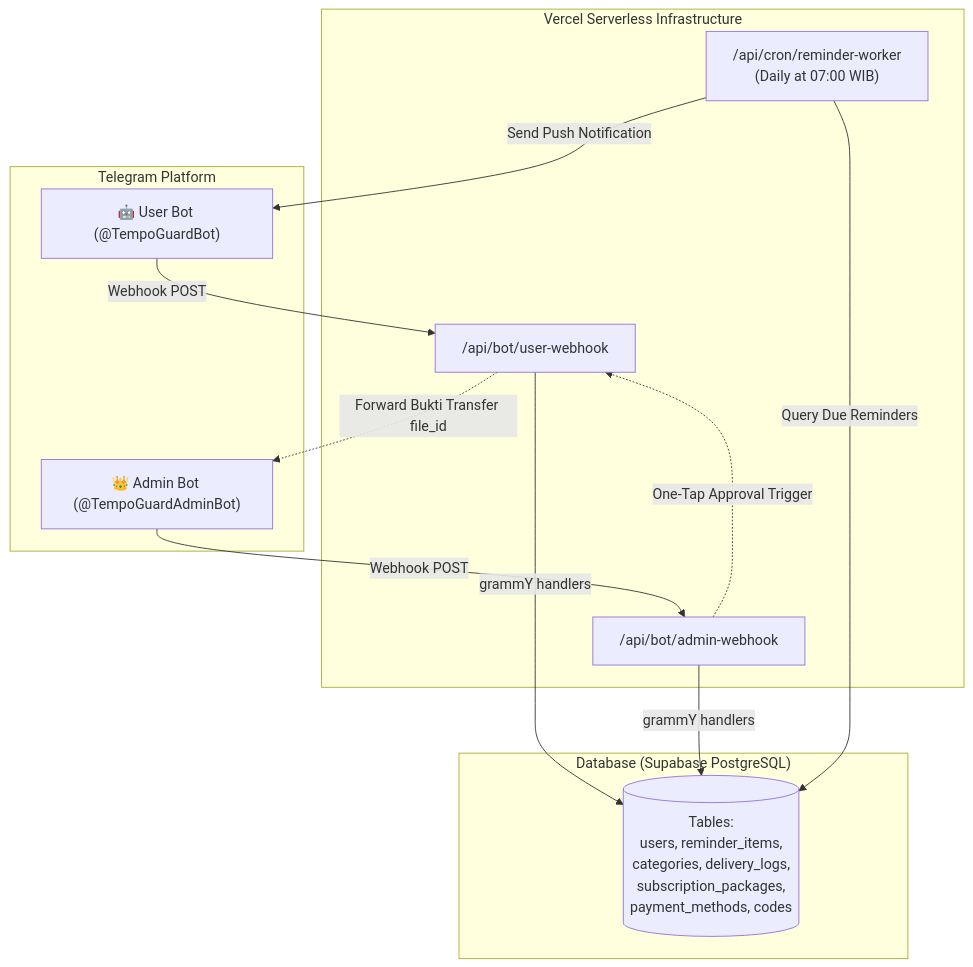
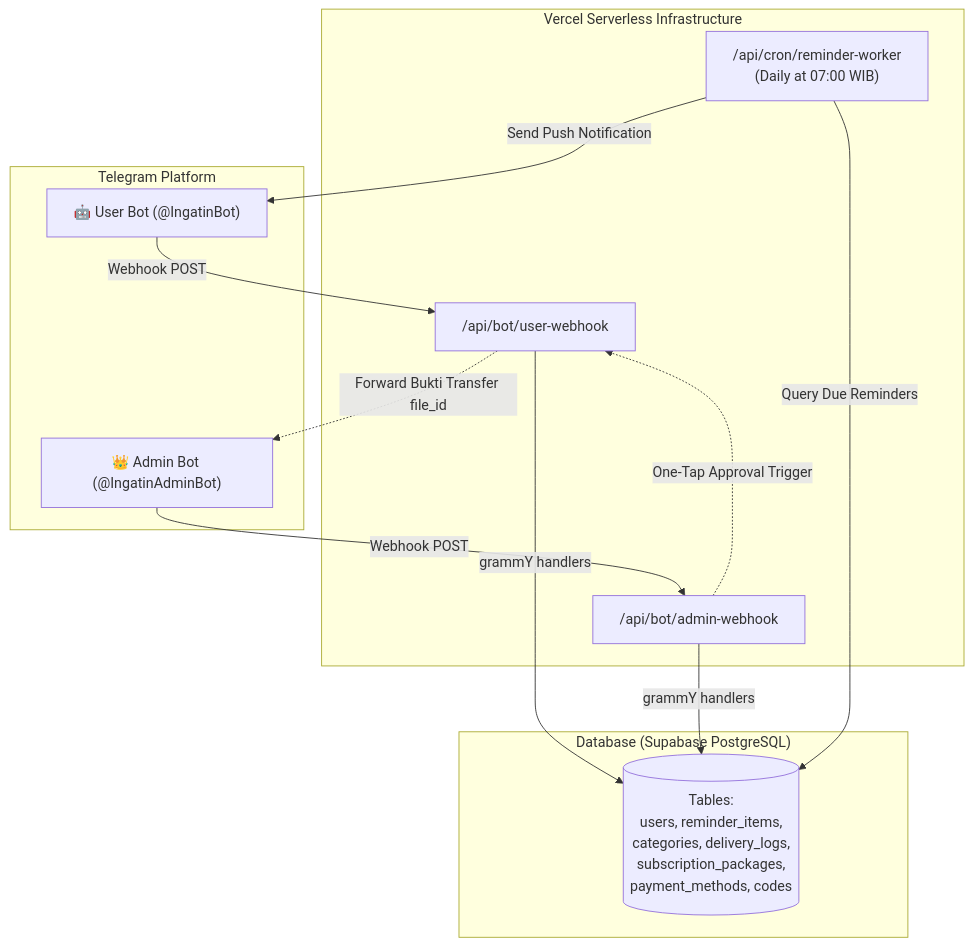
The diagram in README.md (hanifalkauni/telegram-reminder-bot), drawn with Mermaid before and after one commit. The commit also changed other lines of this file and 11 other files, not shown here.

Commit message:
chore(branding): update all branding references from TempoGuard to Ingatin

````diff
--- a/README.md
+++ b/README.md
@@ -98,29 +98,29 @@
 ```mermaid
 flowchart TD
     subgraph "Telegram Platform"
-        UB["🤖 User Bot (@TempoGuardBot)"]
-        AB["👑 Admin Bot (@TempoGuardAdminBot)"]
+        UB["🤖 User Bot (@IngatinBot)"]
+        AB["👑 Admin Bot (@IngatinAdminBot)"]
     end
 
     subgraph "Vercel Serverless Infrastructure"
         U_WH["/api/bot/user-webhook"]
         A_WH["/api/bot/admin-webhook"]
         CRON["/api/cron/reminder-worker\n(Daily at 07:00 WIB)"]
     end
 
     subgraph "Database (Supabase PostgreSQL)"
         DB[(Tables:\nusers, reminder_items,\ncategories, delivery_logs,\nsubscription_packages,\npayment_methods, codes)]
     end
 
     UB -->|Webhook POST| U_WH
     AB -->|Webhook POST| A_WH
     
     U_WH -->|grammY handlers| DB
     A_WH -->|grammY handlers| DB
     
     CRON -->|Query Due Reminders| DB
     CRON -->|Send Push Notification| UB
     
     U_WH -.->|Forward Bukti Transfer file_id| AB
     A_WH -.->|One-Tap Approval Trigger| U_WH
 ```
````
